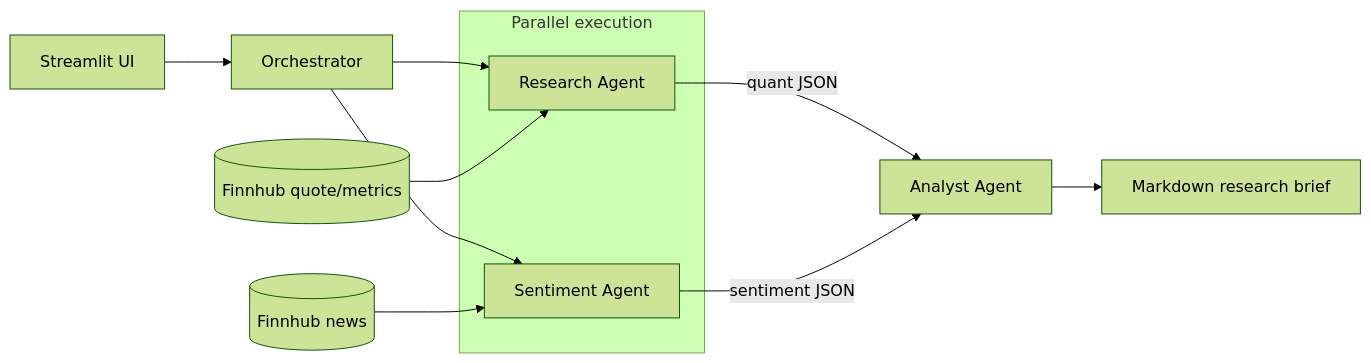
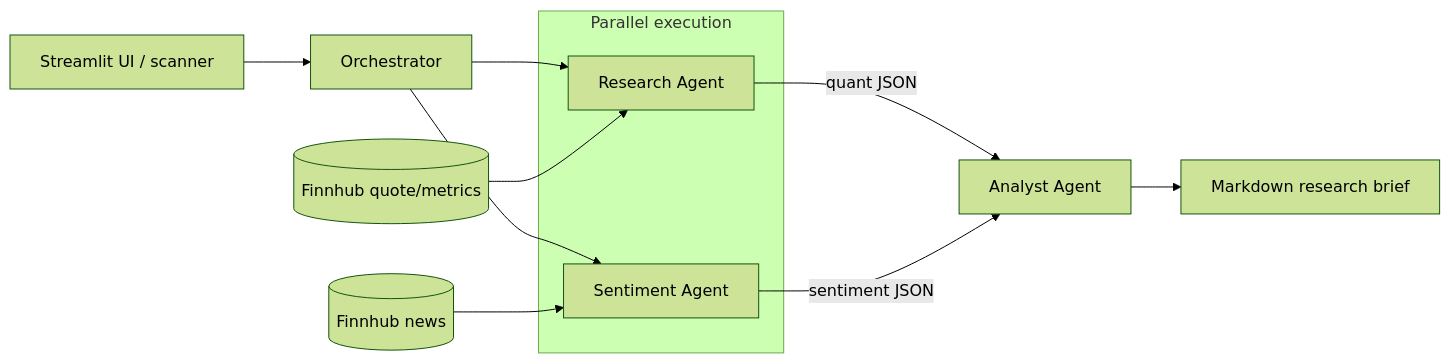
Before and after one commit to yashkumar21/Finance-Research-Engine: the second of 2 diagrams in README.md, drawn with Mermaid (forest theme). The commit also changed other lines of this file and 2 other files, not shown here.

````diff
--- a/README.md
+++ b/README.md
@@ -10,20 +33,20 @@
 ```mermaid
 flowchart LR
-    U[Streamlit UI] --> O[Orchestrator]
+    U[Streamlit UI / scanner] --> O[Orchestrator]
 
     subgraph Parallel execution
         R[Research Agent]
         S[Sentiment Agent]
     end
 
     O --> R
     O --> S
 
     T1[(Finnhub quote/metrics)] --> R
     T2[(Finnhub news)] --> S
 
     R -- quant JSON --> A[Analyst Agent]
     S -- sentiment JSON --> A
 
     A --> B[Markdown research brief]
 ```
````
